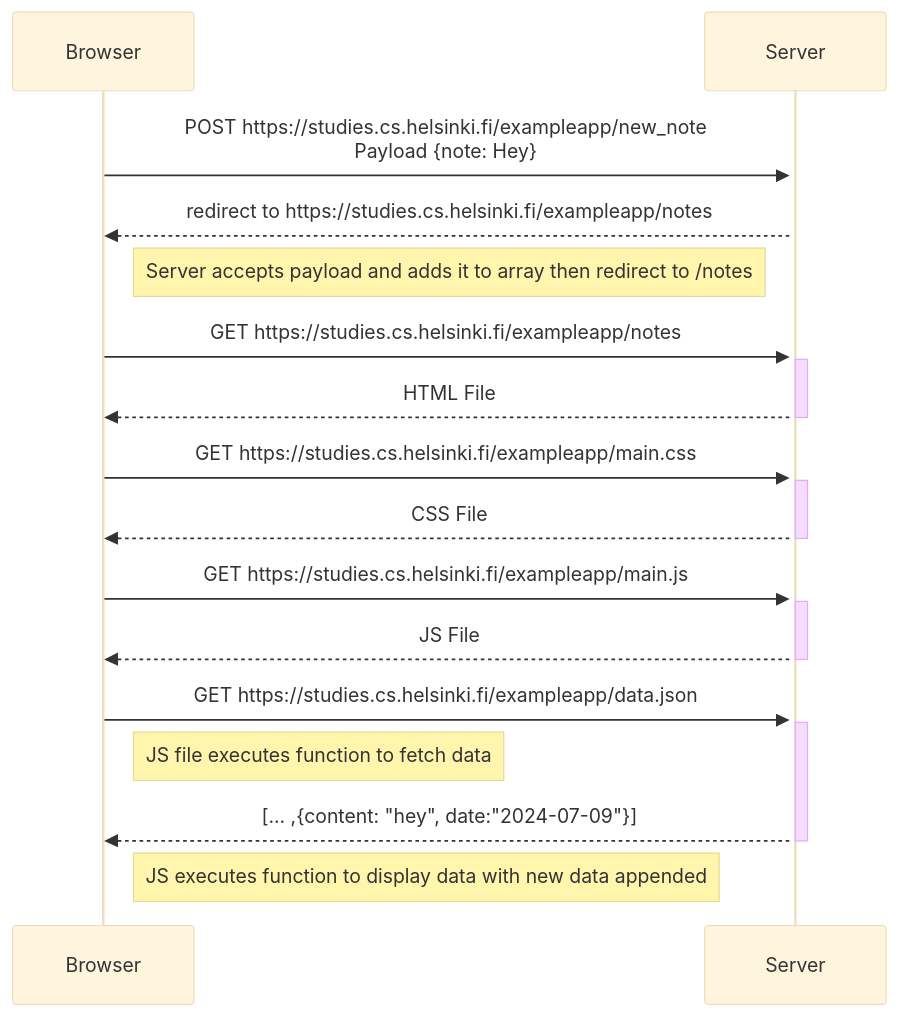
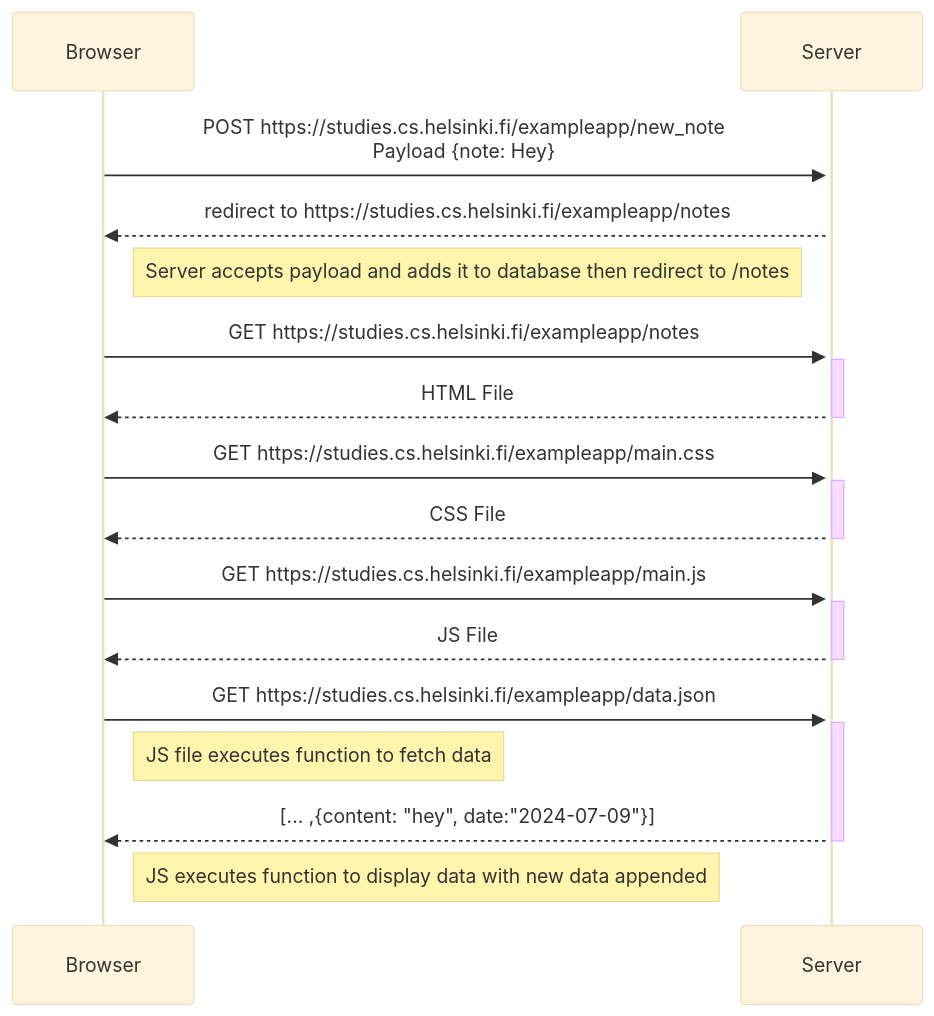
Before and after one commit to cottonBuds211/React-Course-fullstackopen: the diagram in Part0/0.4.md, drawn with Mermaid (base theme).

Commit message:
Exercises

````diff
--- a/Part0/0.4.md
+++ b/Part0/0.4.md
@@ -1,20 +1,20 @@
 ```mermaid
 
 sequenceDiagram
     participant Browser
     participant Server
 
     Browser->>+Server: POST https://studies.cs.helsinki.fi/exampleapp/new_note <br/> Payload {note: Hey}
     Server-->>Browser: redirect to https://studies.cs.helsinki.fi/exampleapp/notes
-    Note right of Browser:  Server accepts payload and adds it to array then redirect to /notes
+    Note right of Browser:  Server accepts payload and adds it to database then redirect to /notes
     Browser->>+Server: GET https://studies.cs.helsinki.fi/exampleapp/notes
     Server-->>-Browser: HTML File
     Browser->>+Server: GET https://studies.cs.helsinki.fi/exampleapp/main.css
     Server-->>-Browser: CSS File
     Browser->>+Server: GET https://studies.cs.helsinki.fi/exampleapp/main.js
     Server-->>-Browser: JS File
     Browser->>+Server: GET https://studies.cs.helsinki.fi/exampleapp/data.json
     Note right of Browser: JS file executes function to fetch data
     Server-->>-Browser:  [... ,{content: "hey", date:"2024-07-09"}]
     Note right of Browser: JS executes function to display data with new data appended
 ```
````
